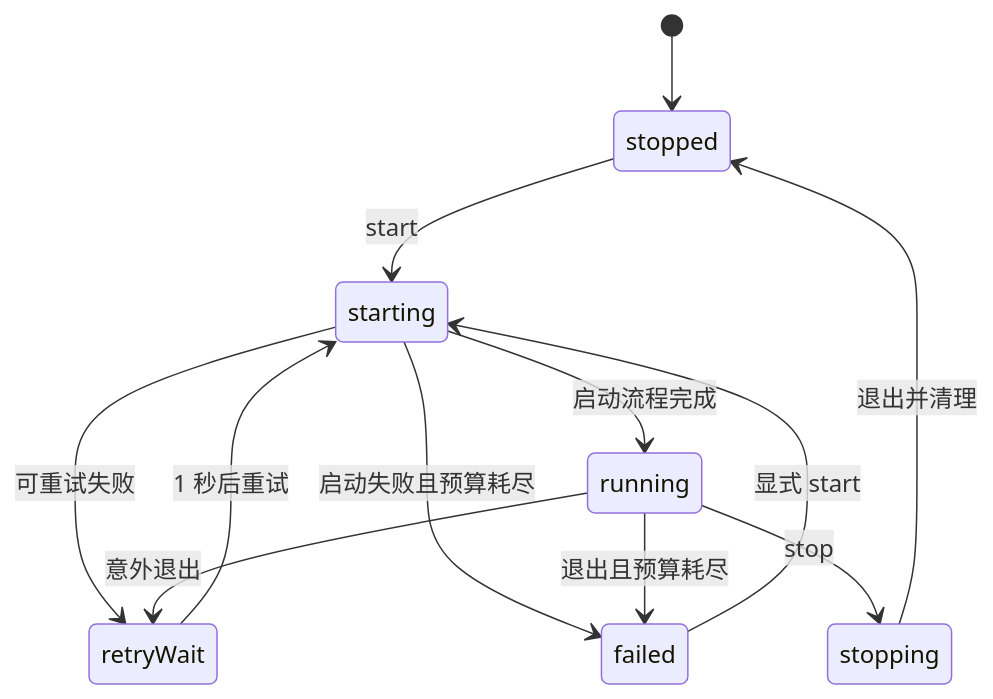
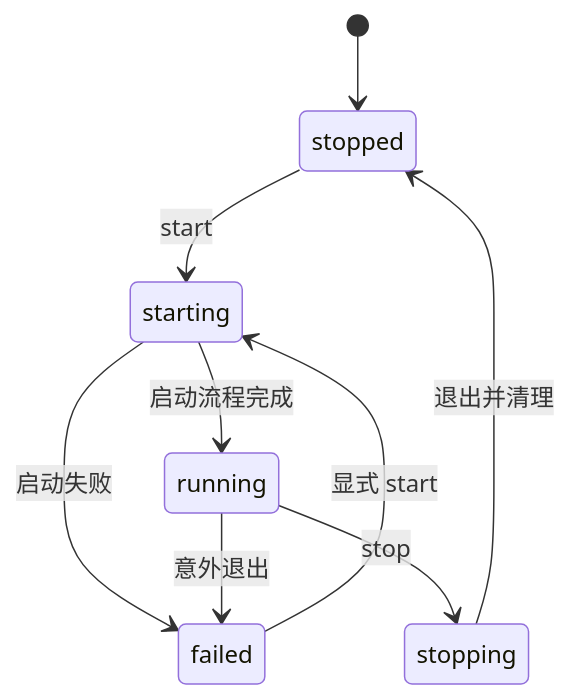
The third of 4 diagrams in README.zh-Hans.md (LetsStarveTogether/dst-server), drawn with Mermaid before and after one commit. The commit also changed other lines of this file and 50 other files, not shown here.

````diff
--- a/README.zh-Hans.md
+++ b/README.zh-Hans.md
@@ -711,14 +713,11 @@
 ```mermaid
 stateDiagram-v2
     [*] --> stopped
     stopped --> starting: start
     starting --> running: 启动流程完成
-    starting --> retryWait: 可重试失败
-    running --> retryWait: 意外退出
-    retryWait --> starting: 1 秒后重试
-    starting --> failed: 启动失败且预算耗尽
-    running --> failed: 退出且预算耗尽
+    starting --> failed: 启动失败
+    running --> failed: 意外退出
     running --> stopping: stop
     stopping --> stopped: 退出并清理
     failed --> starting: 显式 start
 ```
````
